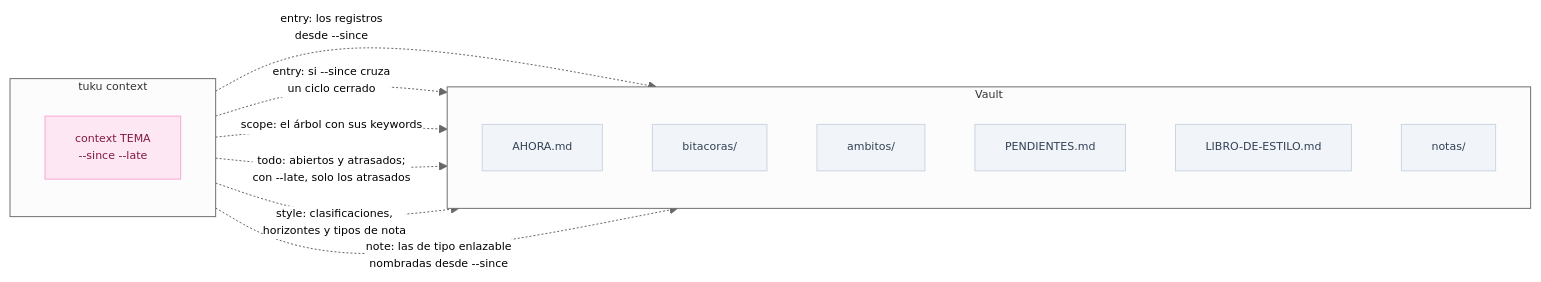
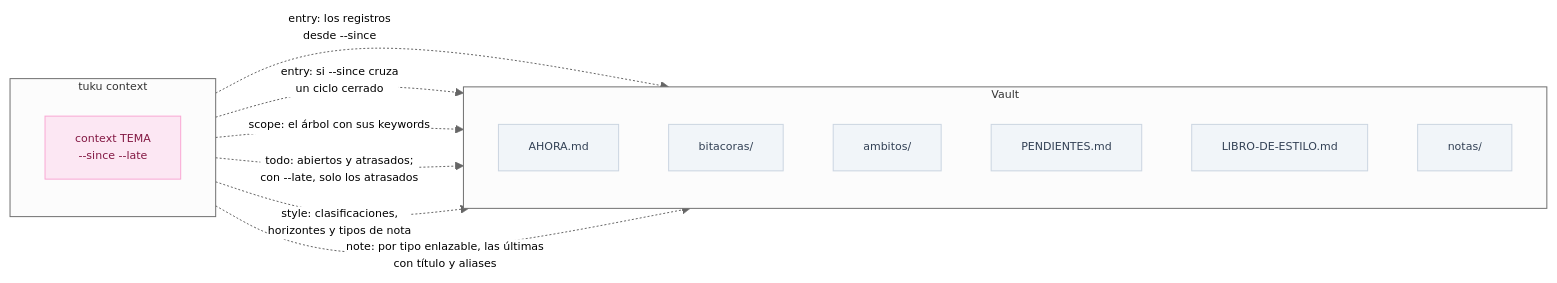
The seventh of 8 diagrams in spec/tuku.md (pewma-ai/tuku), drawn with Mermaid before and after one commit. The commit also changed other lines of this file and 20 other files, not shown here.

First line of the commit message:
feat(context): las notas enlazables las enlaza el agente con context note, no los comandos

````diff
--- a/spec/tuku.md
+++ b/spec/tuku.md
@@ -295,29 +290,29 @@
 ```mermaid
 %%{init: {'flowchart': {'useMaxWidth': true}, 'theme': 'neutral', 'themeVariables': {'fontSize': '11px'}}}%%
 flowchart LR
     subgraph CMD["tuku context"]
         direction TB
         CX["context TEMA<br/>--since --late"]
     end
     subgraph VAULT["Vault"]
         direction TB
         AH["AHORA.md"]
         BI["bitacoras/"]
         AM["ambitos/"]
         PE["PENDIENTES.md"]
         LE["LIBRO-DE-ESTILO.md"]
         NO["notas/"]
     end
 
     CX -.->|"entry: los registros<br/>desde --since"| AH
     CX -.->|"entry: si --since cruza<br/>un ciclo cerrado"| BI
     CX -.->|"scope: el árbol con sus keywords"| AM
     CX -.->|"todo: abiertos y atrasados;<br/>con --late, solo los atrasados"| PE
     CX -.->|"style: clasificaciones,<br/>horizontes y tipos de nota"| LE
-    CX -.->|"note: las de tipo enlazable<br/>nombradas desde --since"| NO
+    CX -.->|"note: por tipo enlazable, las últimas<br/>con título y aliases"| NO
 
     classDef revisa fill:#fce7f3,color:#831843,stroke:#f9a8d4
     classDef archivo fill:#f1f5f9,color:#334155,stroke:#cbd5e1
     class CX revisa
     class AH,BI,AM,PE,LE,NO archivo
 ```
````
